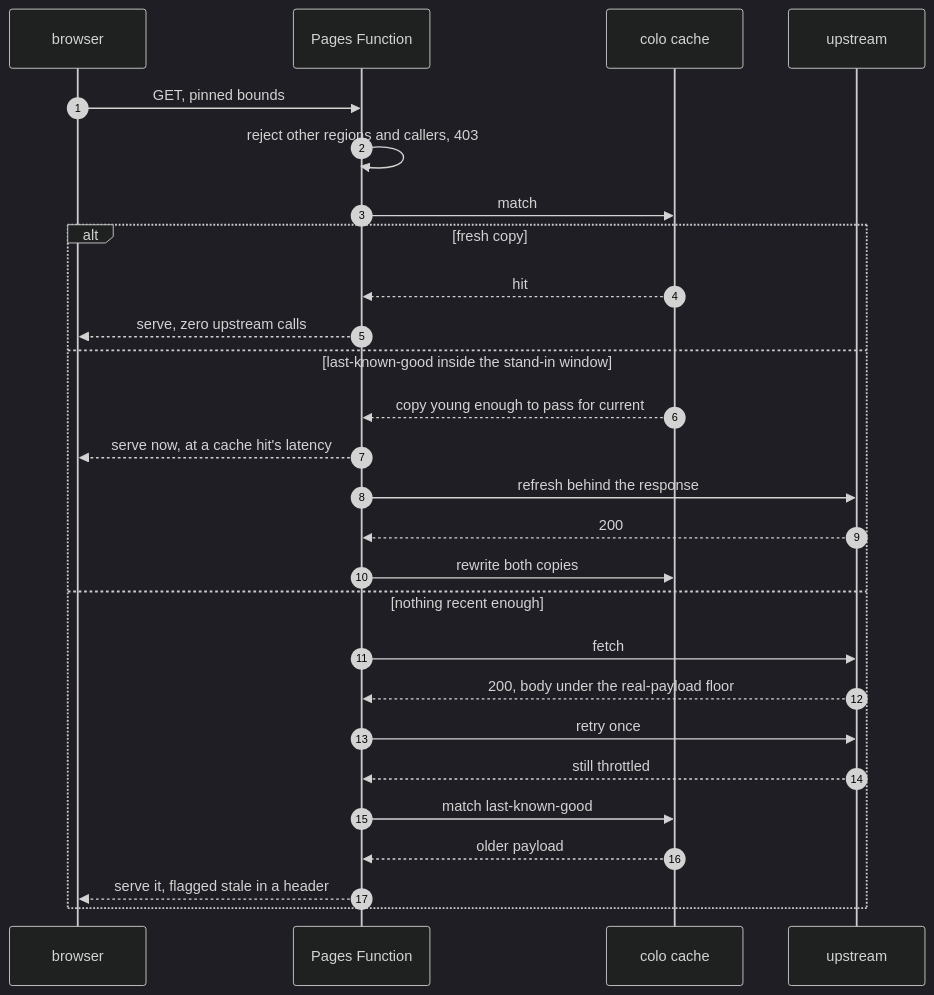
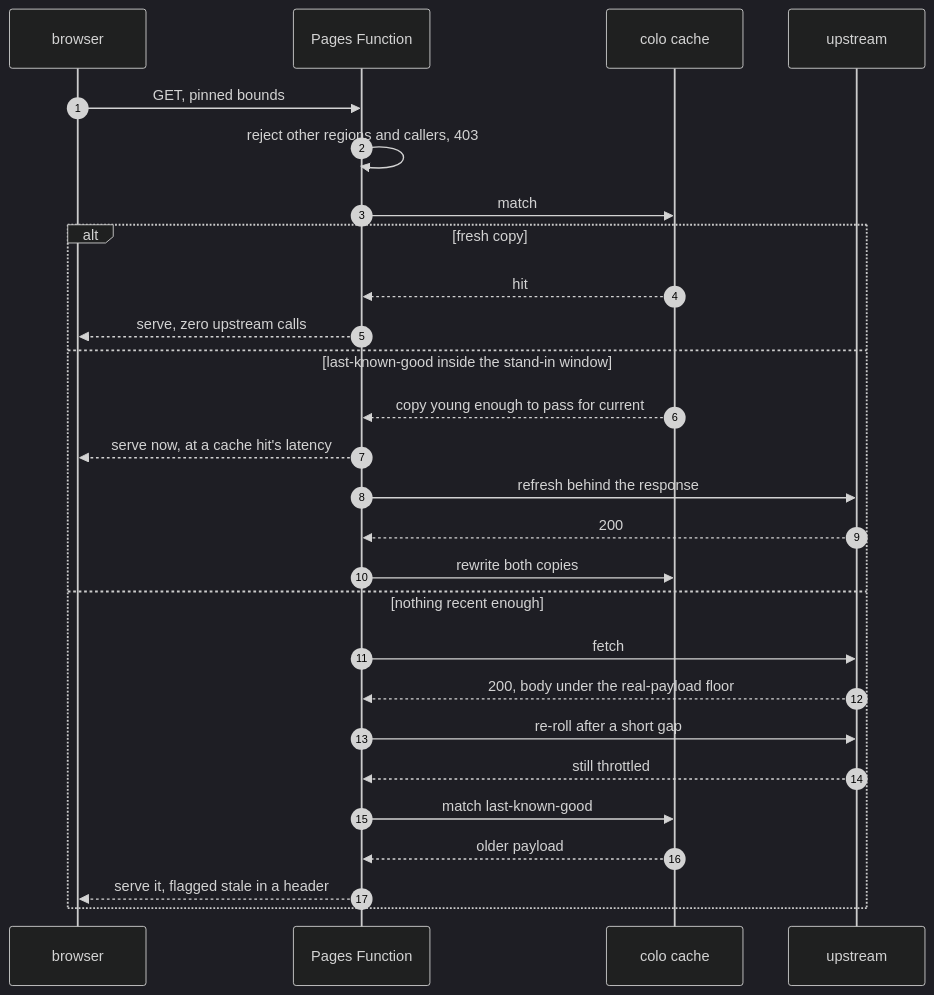
Before and after one commit to klauslila/klauslila-showcase: the second of 3 diagrams in README.md, drawn with Mermaid (dark theme). The commit also changed other lines of this file, not shown here.

First line of the commit message:
Correct the retry story: the upstream rations by count, not by window

````diff
--- a/README.md
+++ b/README.md
@@ -62,29 +62,29 @@
 ```mermaid
 sequenceDiagram
   autonumber
   participant B as browser
   participant F as Pages Function
   participant C as colo cache
   participant U as upstream
   B->>F: GET, pinned bounds
   F->>F: reject other regions and callers, 403
   F->>C: match
   alt fresh copy
     C-->>F: hit
     F-->>B: serve, zero upstream calls
   else last-known-good inside the stand-in window
     C-->>F: copy young enough to pass for current
     F-->>B: serve now, at a cache hit's latency
     F->>U: refresh behind the response
     U-->>F: 200
     F->>C: rewrite both copies
   else nothing recent enough
     F->>U: fetch
     U-->>F: 200, body under the real-payload floor
-    F->>U: retry once
+    F->>U: re-roll after a short gap
     U-->>F: still throttled
     F->>C: match last-known-good
     C-->>F: older payload
     F-->>B: serve it, flagged stale in a header
   end
 ```
````
